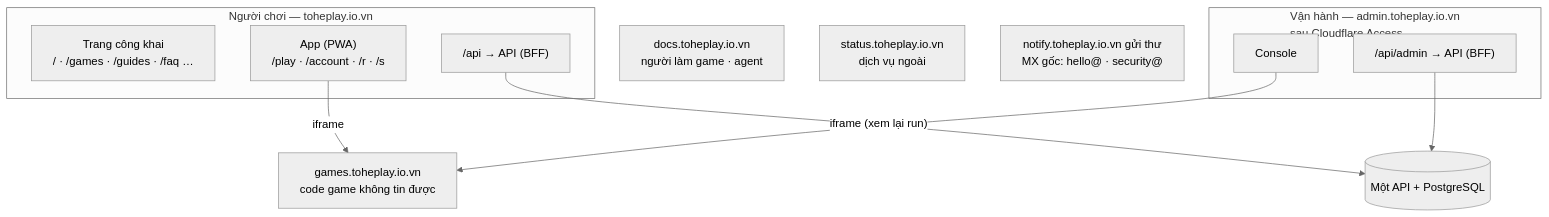
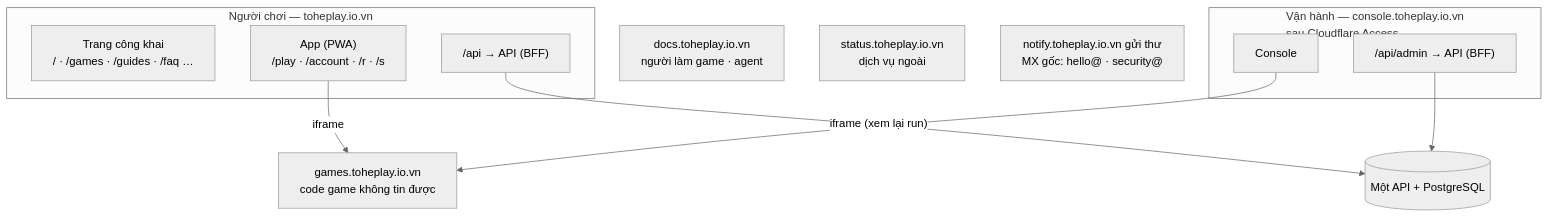
The first of 2 diagrams in plans/product-surface/items/D-01-host-and-path-layout.md (vinh466/tohe-play), drawn with Mermaid (neutral theme) before and after one commit. The commit also changed other lines of this file and 8 other files, not shown here.

````diff
--- a/plans/product-surface/items/D-01-host-and-path-layout.md
+++ b/plans/product-surface/items/D-01-host-and-path-layout.md
@@ -49,20 +50,20 @@
 ```mermaid
 flowchart TB
   subgraph players ["Người chơi — toheplay.io.vn"]
     web["Trang công khai<br/>/ · /games · /guides · /faq …"]
     app["App (PWA)<br/>/play · /account · /r · /s"]
     papi["/api → API (BFF)"]
   end
-  subgraph ops ["Vận hành — admin.toheplay.io.vn<br/>sau Cloudflare Access"]
+  subgraph ops ["Vận hành — console.toheplay.io.vn<br/>sau Cloudflare Access"]
     console["Console"]
     aapi["/api/admin → API (BFF)"]
   end
   games["games.toheplay.io.vn<br/>code game không tin được"]
   docs["docs.toheplay.io.vn<br/>người làm game · agent"]
   status["status.toheplay.io.vn<br/>dịch vụ ngoài"]
   mail["notify.toheplay.io.vn gửi thư<br/>MX gốc: hello@ · security@"]
   app -- iframe --> games
   console -- "iframe (xem lại run)" --> games
   papi --> api[(Một API + PostgreSQL)]
   aapi --> api
 ```
````
